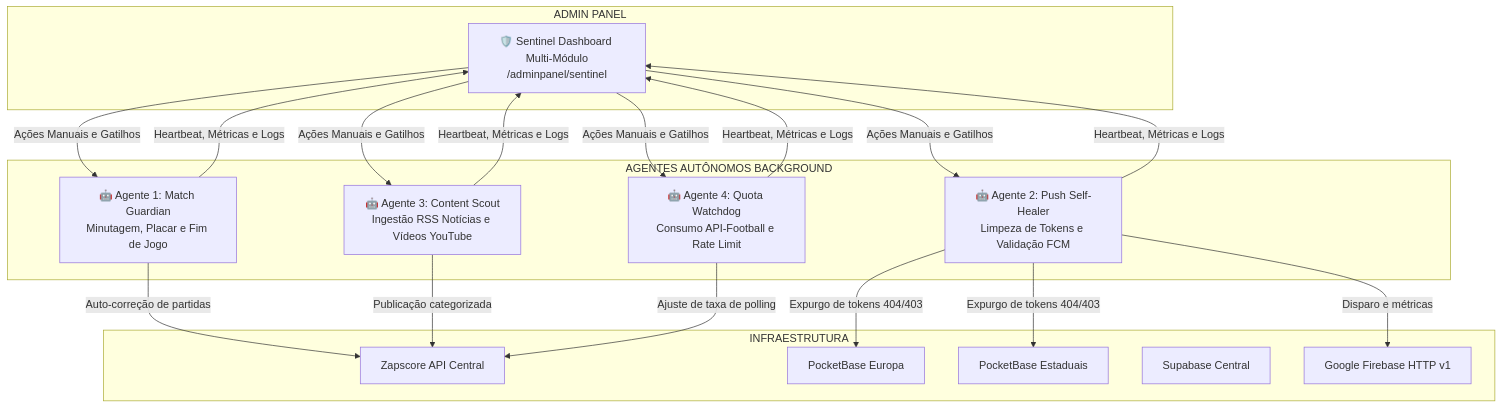
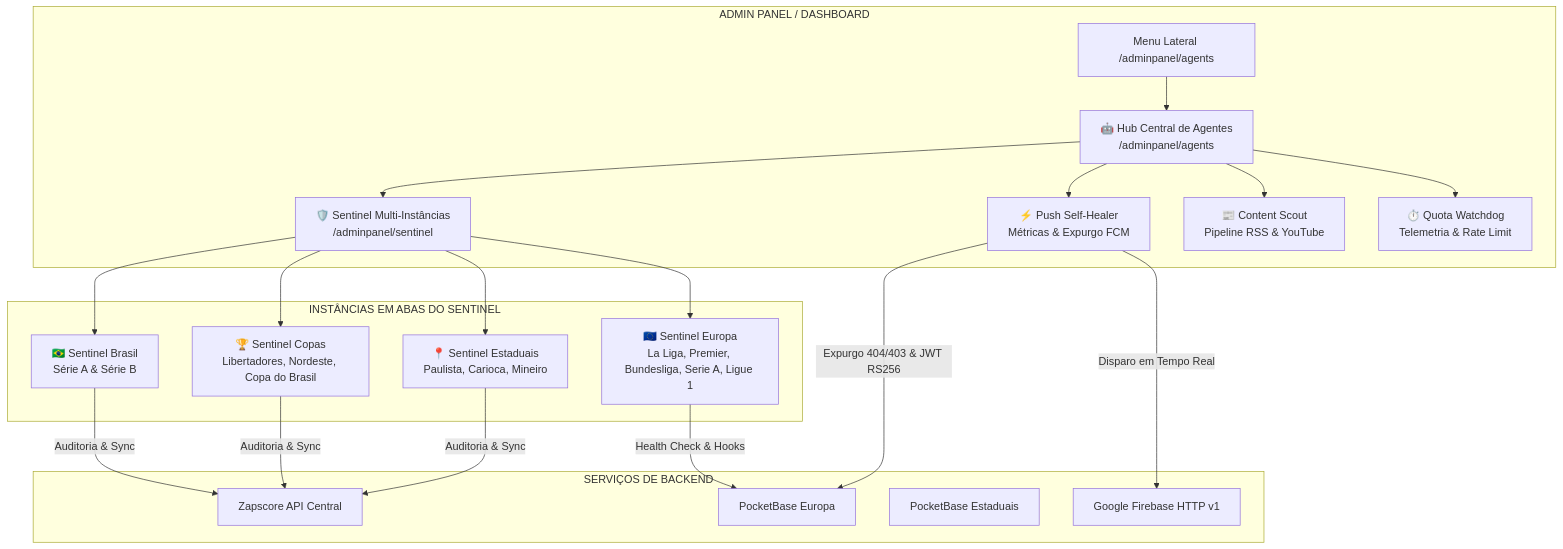
One commit to MarcilioLeiteSilva/zapscore changed the diagram in relatorios/plano_implementacao_sentinel_agentes_2026_08_16.md. Above: the diagram before and after it, drawn with Mermaid. The commit also changed other lines of this file and 15 other files, not shown here.

Commit message:
feat(adminpanel): implantacao do agente publicador de apps, auto-discovery e integracao ao ecossistema

````diff
--- a/relatorios/plano_implementacao_sentinel_agentes_2026_08_16.md
+++ b/relatorios/plano_implementacao_sentinel_agentes_2026_08_16.md
@@ -14,30 +18,29 @@
 ```mermaid
 flowchart TD
-    subgraph ADMIN PANEL
-        S[🛡️ Sentinel Dashboard Multi-Módulo<br>/adminpanel/sentinel]
+    subgraph ADMIN_PANEL [ADMIN PANEL / DASHBOARD]
+        NAV[Menu Lateral /adminpanel/agents] --> HUB[🤖 Hub Central de Agentes<br>/adminpanel/agents]
+        HUB --> S[🛡️ Sentinel Multi-Instâncias<br>/adminpanel/sentinel]
+        HUB --> A2[⚡ Push Self-Healer<br>Métricas & Expurgo FCM]
+        HUB --> A3[📰 Content Scout<br>Pipeline RSS & YouTube]
+        HUB --> A4[⏱️ Quota Watchdog<br>Telemetria & Rate Limit]
     end
 
-    subgraph AGENTES AUTÔNOMOS BACKGROUND
-        A1[🤖 Agente 1: Match Guardian<br>Minutagem, Placar e Fim de Jogo]
-        A2[🤖 Agente 2: Push Self-Healer<br>Limpeza de Tokens e Validação FCM]
-        A3[🤖 Agente 3: Content Scout<br>Ingestão RSS Notícias e Vídeos YouTube]
-        A4[🤖 Agente 4: Quota Watchdog<br>Consumo API-Football e Rate Limit]
+    subgraph SENTINEL_INSTANCIAS [INSTÂNCIAS EM ABAS DO SENTINEL]
+        S --> TAB_BR[🇧🇷 Sentinel Brasil<br>Série A & Série B]
+        S --> TAB_EU[🇪🇺 Sentinel Europa<br>La Liga, Premier, Bundesliga, Serie A, Ligue 1]
+        S --> TAB_CP[🏆 Sentinel Copas<br>Libertadores, Nordeste, Copa do Brasil]
+        S --> TAB_ES[📍 Sentinel Estaduais<br>Paulista, Carioca, Mineiro]
     end
 
-    subgraph INFRAESTRUTURA
+    subgraph INFRAESTRUTURA [SERVIÇOS DE BACKEND]
         API[Zapscore API Central]
         PBE[PocketBase Europa]
         PBES[PocketBase Estaduais]
-        SUPA[Supabase Central]
         FCM[Google Firebase HTTP v1]
     end
 
-    A1 -->|Auto-correção de partidas| API
-    A2 -->|Expurgo de tokens 404/403| PBE & PBES
-    A2 -->|Disparo e métricas| FCM
-    A3 -->|Publicação categorizada| API
-    A4 -->|Ajuste de taxa de polling| API
-
-    A1 & A2 & A3 & A4 -->|Heartbeat, Métricas e Logs| S
-    S -->|Ações Manuais e Gatilhos| A1 & A2 & A3 & A4
+    TAB_BR & TAB_CP & TAB_ES -->|Auditoria & Sync| API
+    TAB_EU -->|Health Check & Hooks| PBE
+    A2 -->|Expurgo 404/403 & JWT RS256| PBE
+    A2 -->|Disparo em Tempo Real| FCM
 ```
````
